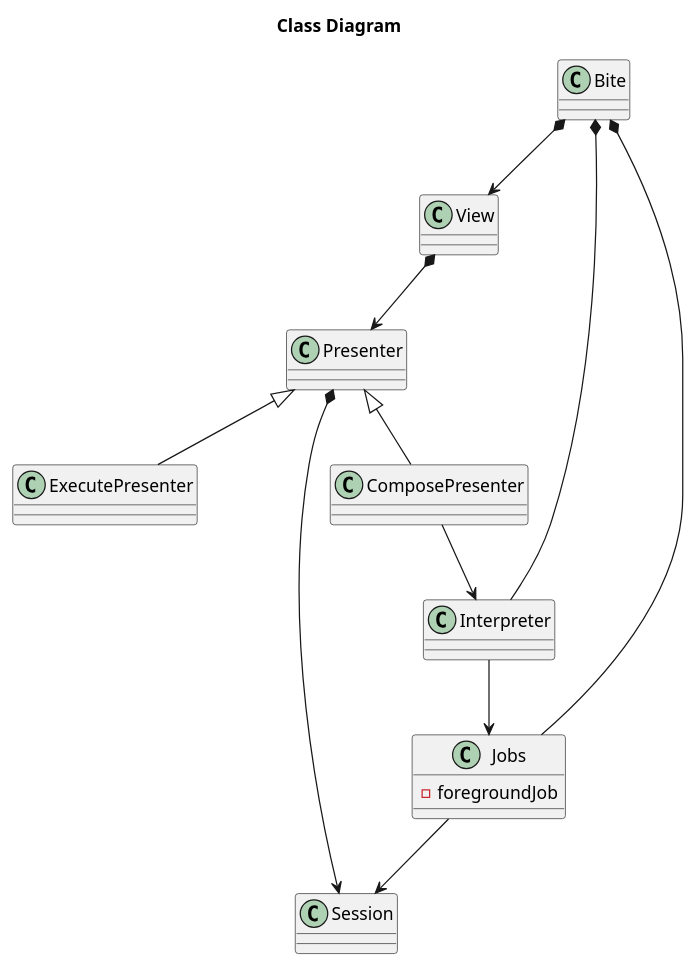
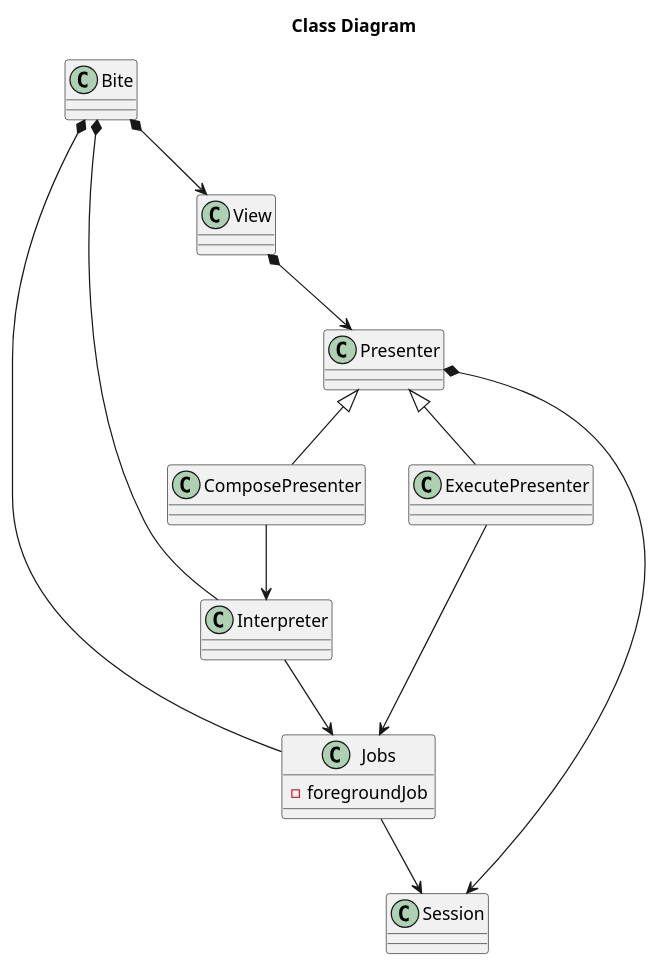
The first of 5 diagrams in doc/architecture.pu (LarsEKrueger/bite), drawn with PlantUML before and after one commit. The commit also changed other lines of this file, not shown here.

Commit message:
doc: Update architecture diagrams

```diff
--- a/doc/architecture.pu
+++ b/doc/architecture.pu
@@ -1,32 +1,34 @@
 @startuml
 
 title Class Diagram
 
 class Bite
 class View
 class Session
 class Jobs {
  - foregroundJob
 }
 class Presenter
 class Interpreter
 
 class ComposePresenter
 class ExecutePresenter
 
 Presenter <|-- ComposePresenter
 Presenter <|-- ExecutePresenter
 
 Bite *--> View
 Bite *-- Interpreter
 Bite *-- Jobs
 
 View *--> Presenter
 Presenter *--> Session
 ComposePresenter --> Interpreter
 
+ExecutePresenter ---> Jobs
+
 Interpreter --> Jobs
 
 Jobs --> Session
 
 @enduml
```
